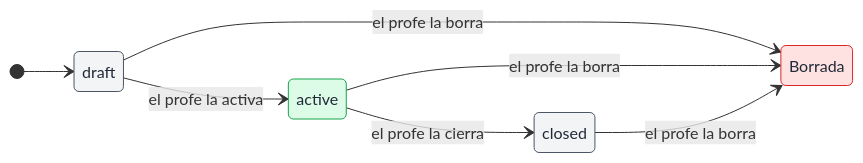
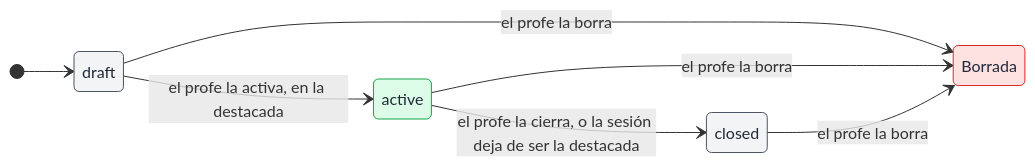
One commit to filadd/agentic-engineering-famaf-extension-course changed the first of 4 diagrams in app/docs/architecture/estados-de-encuestas-y-sesiones.md. Above: the diagram before and after it, drawn with Mermaid. The commit also changed other lines of this file and 12 other files, not shown here.

````diff
--- a/app/docs/architecture/estados-de-encuestas-y-sesiones.md
+++ b/app/docs/architecture/estados-de-encuestas-y-sesiones.md
@@ -15,17 +15,17 @@
 ```mermaid
 stateDiagram-v2
     direction LR
     [*] --> draft
-    draft --> active: el profe la activa
-    active --> closed: el profe la cierra
+    draft --> active: el profe la activa, en la destacada
+    active --> closed: el profe la cierra, o la sesión deja de ser la destacada
     draft --> Borrada: el profe la borra
     active --> Borrada: el profe la borra
     closed --> Borrada: el profe la borra
 
     classDef grey fill:#f3f4f6,stroke:#4b5563,color:#1f2937
     classDef green fill:#dcfce7,stroke:#16a34a,color:#1f2937
     classDef red fill:#fee2e2,stroke:#dc2626,color:#1f2937
     class draft,closed grey
     class active green
     class Borrada red
 ```
````
